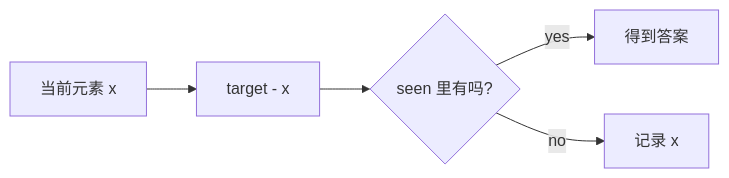
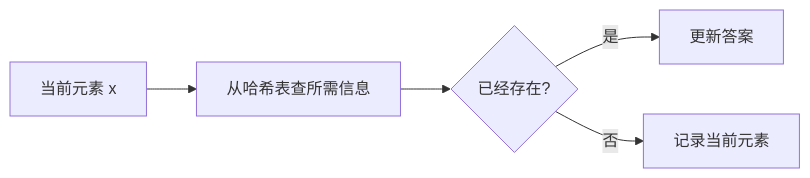
Before and after one commit to xcl2005/RAG-Agent: the second of 4 diagrams in docs/INTERVIEW_ALGORITHMS.md, drawn with Mermaid. The commit also changed other lines of this file, not shown here.

````diff
--- a/docs/INTERVIEW_ALGORITHMS.md
+++ b/docs/INTERVIEW_ALGORITHMS.md
@@ -128,7 +133,7 @@
 ```mermaid
 flowchart LR
-    X[当前元素 x] --> NEED[target - x]
-    NEED --> Q{seen 里有吗?}
-    Q -->|yes| A[得到答案]
-    Q -->|no| S[记录 x]
+    X[当前元素 x] --> F[从哈希表查所需信息]
+    F --> Q{已经存在?}
+    Q -->|是| A[更新答案]
+    Q -->|否| S[记录当前元素]
 ```
````
